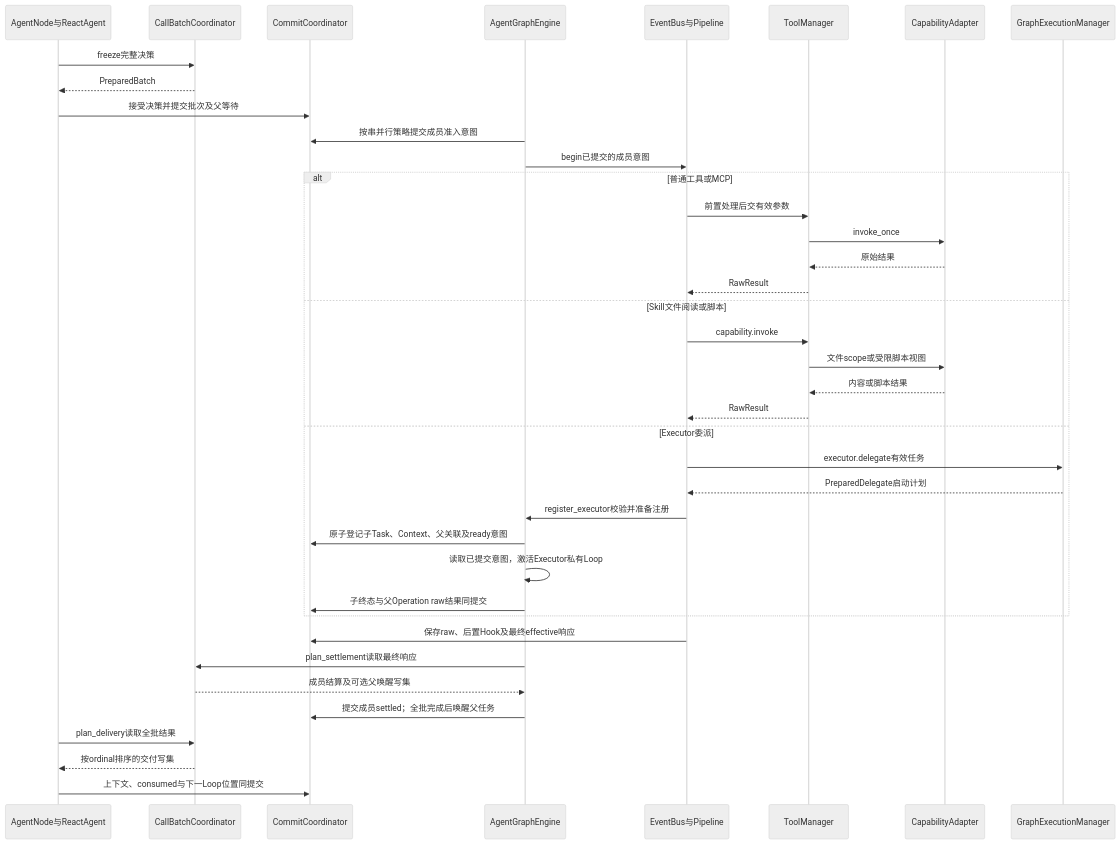
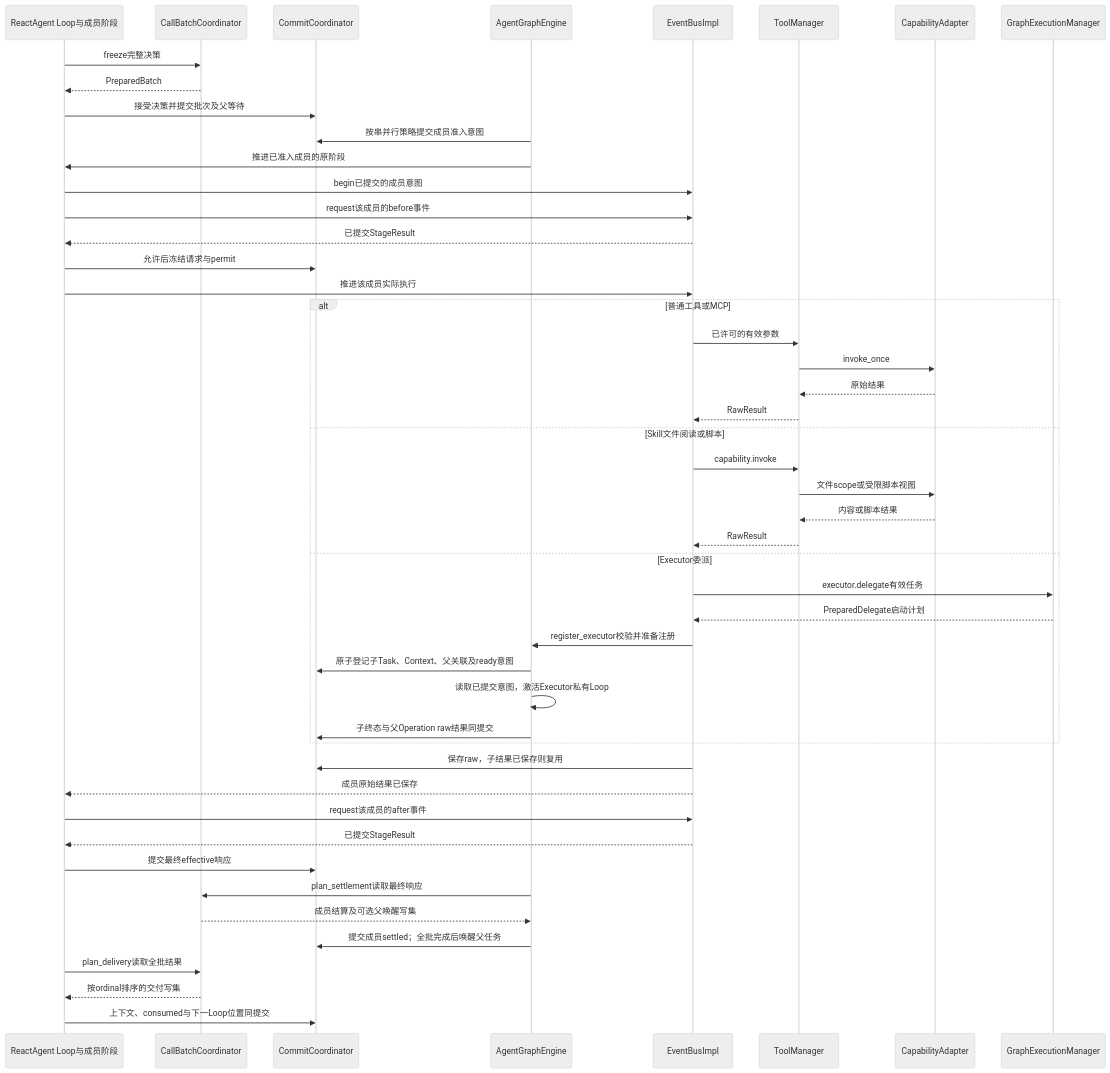
The eighth of 9 diagrams in docs/sdk/object-collaboration.md (dujian0068/agent-loom), drawn with Mermaid (neutral theme) before and after one commit. The commit also changed other lines of this file and 15 other files, not shown here.

````diff
--- a/docs/sdk/object-collaboration.md
+++ b/docs/sdk/object-collaboration.md
@@ -519,41 +540,50 @@
 ```mermaid
 sequenceDiagram
-    participant N as AgentNode与ReactAgent
+    participant N as ReactAgent Loop与成员阶段
     participant J as CallBatchCoordinator
     participant C as CommitCoordinator
     participant E as AgentGraphEngine
-    participant B as EventBus与Pipeline
+    participant B as EventBusImpl
     participant T as ToolManager
     participant A as CapabilityAdapter
     participant G as GraphExecutionManager
     N->>J: freeze完整决策
     J-->>N: PreparedBatch
     N->>C: 接受决策并提交批次及父等待
     E->>C: 按串并行策略提交成员准入意图
-    E->>B: begin已提交的成员意图
+    E->>N: 推进已准入成员的原阶段
+    N->>B: begin已提交的成员意图
+    N->>B: request该成员的before事件
+    B-->>N: 已提交StageResult
+    N->>C: 允许后冻结请求与permit
+    N->>B: 推进该成员实际执行
     alt 普通工具或MCP
-        B->>T: 前置处理后交有效参数
+        B->>T: 已许可的有效参数
         T->>A: invoke_once
         A-->>T: 原始结果
         T-->>B: RawResult
     else Skill文件阅读或脚本
         B->>T: capability.invoke
         T->>A: 文件scope或受限脚本视图
         A-->>T: 内容或脚本结果
         T-->>B: RawResult
     else Executor委派
         B->>G: executor.delegate有效任务
         G-->>B: PreparedDelegate启动计划
         B->>E: register_executor校验并准备注册
         E->>C: 原子登记子Task、Context、父关联及ready意图
         E->>E: 读取已提交意图，激活Executor私有Loop
         E->>C: 子终态与父Operation raw结果同提交
     end
-    B->>C: 保存raw、后置Hook及最终effective响应
+    B->>C: 保存raw，子结果已保存则复用
+    B-->>N: 成员原始结果已保存
+    N->>B: request该成员的after事件
+    B-->>N: 已提交StageResult
+    N->>C: 提交最终effective响应
     E->>J: plan_settlement读取最终响应
     J-->>E: 成员结算及可选父唤醒写集
     E->>C: 提交成员settled；全批完成后唤醒父任务
     N->>J: plan_delivery读取全批结果
     J-->>N: 按ordinal排序的交付写集
     N->>C: 上下文、consumed与下一Loop位置同提交
 ```
````
